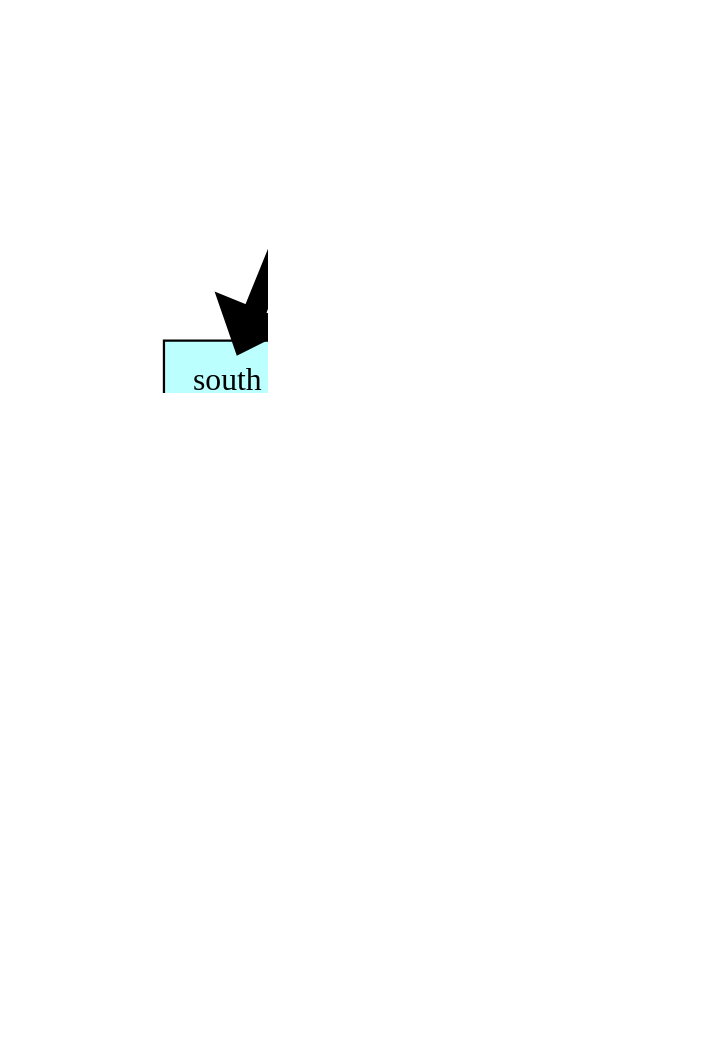
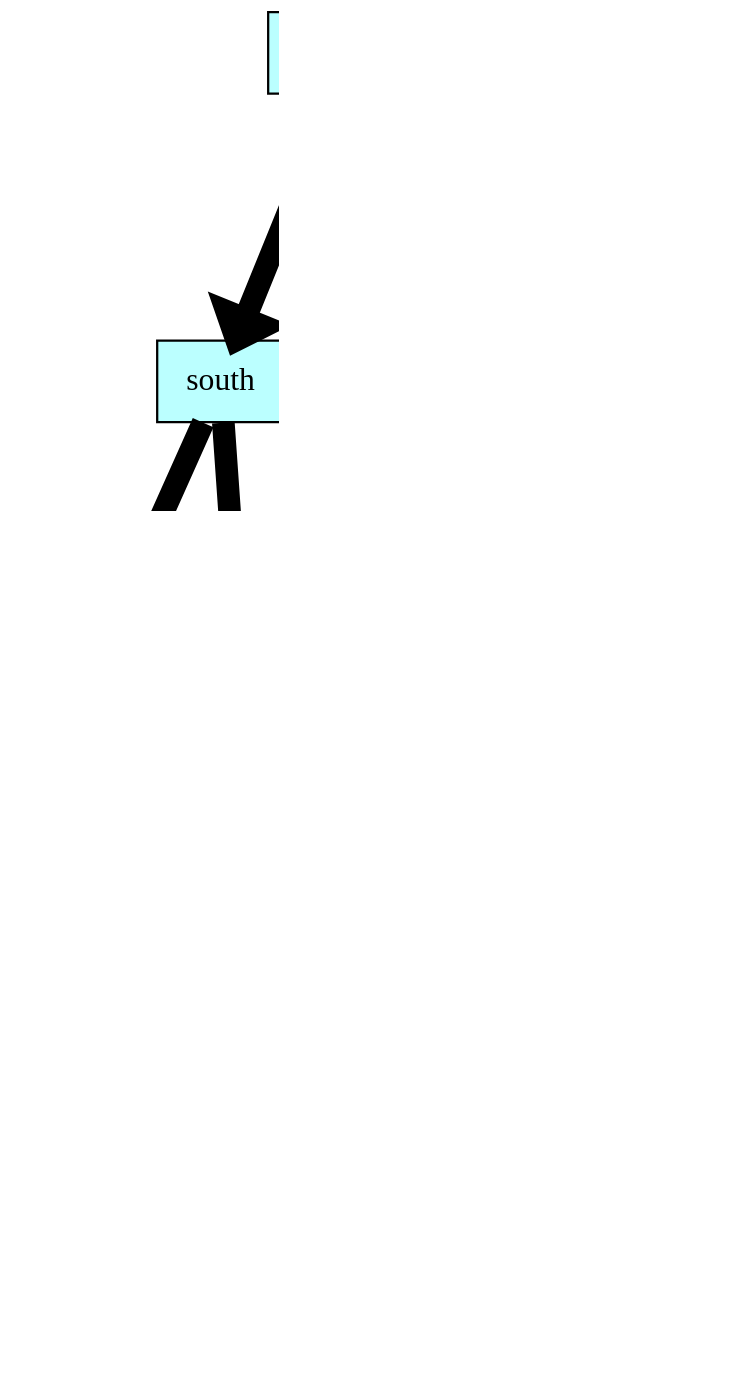
One commit to Troll0ton/Akinator3000 changed the diagram in dump/list_graph.dot. Above: the diagram before and after it, drawn with Graphviz. The commit also changed 70 other files, not shown here.

```diff
--- a/dump/list_graph.dot
+++ b/dump/list_graph.dot
@@ -1,38 +1,44 @@
 digraph structs {    
 rankdir = TB;        
 graph [dpi = 200];   
 ranksep = 1.5;       
 edge[penwidth = 10]; 
 cell0 [style = filled, color = black, fillcolor = paleturquoise1,
 shape=record,label = " { <ptr> Country} " ];                         
 cell1 [style = filled, color = black, fillcolor = paleturquoise1,
 shape=record,label = " { <ptr> south} " ];                         
 cell2 [style = filled, color = black, fillcolor = paleturquoise1,
-shape=record,label = " { <ptr> africa}} " ];                         
+shape=record,label = " { <ptr> africa} " ];                         
 cell3 [style = filled, color = black, fillcolor = paleturquoise1,
 shape=record,label = " { <ptr> ihih} " ];                         
 cell4 [style = filled, color = black, fillcolor = paleturquoise1,
 shape=record,label = " { <ptr> huh} " ];                         
 cell5 [style = filled, color = black, fillcolor = paleturquoise1,
-shape=record,label = " { <ptr> Europe}} " ];                         
+shape=record,label = " { <ptr> Europe} " ];                         
 cell6 [style = filled, color = black, fillcolor = paleturquoise1,
 shape=record,label = " { <ptr> there_are_people} " ];                         
 cell7 [style = filled, color = black, fillcolor = paleturquoise1,
-shape=record,label = " { <ptr> Animal}} " ];                         
+shape=record,label = " { <ptr> Animal} " ];                         
 cell8 [style = filled, color = black, fillcolor = paleturquoise1,
 shape=record,label = " { <ptr> SDS} " ];                         
 cell9 [style = filled, color = black, fillcolor = paleturquoise1,
-shape=record,label = " { <ptr> GEGR}} " ];                         
+shape=record,label = " { <ptr> kjkj} " ];                         
 cell10 [style = filled, color = black, fillcolor = paleturquoise1,
-shape=record,label = " { <ptr> Town}} " ];                         
+shape=record,label = " { <ptr> hj} " ];                         
+cell11 [style = filled, color = black, fillcolor = paleturquoise1,
+shape=record,label = " { <ptr> GEGR} " ];                         
+cell12 [style = filled, color = black, fillcolor = paleturquoise1,
+shape=record,label = " { <ptr> Town} " ];                         
 cell0 -> cell1;
 cell1 -> cell2;
 cell1 -> cell3;
 cell3 -> cell4;
 cell3 -> cell5;
 cell0 -> cell6;
 cell6 -> cell7;
 cell6 -> cell8;
 cell8 -> cell9;
-cell8 -> cell10;
+cell9 -> cell10;
+cell9 -> cell11;
+cell8 -> cell12;
 }
```
